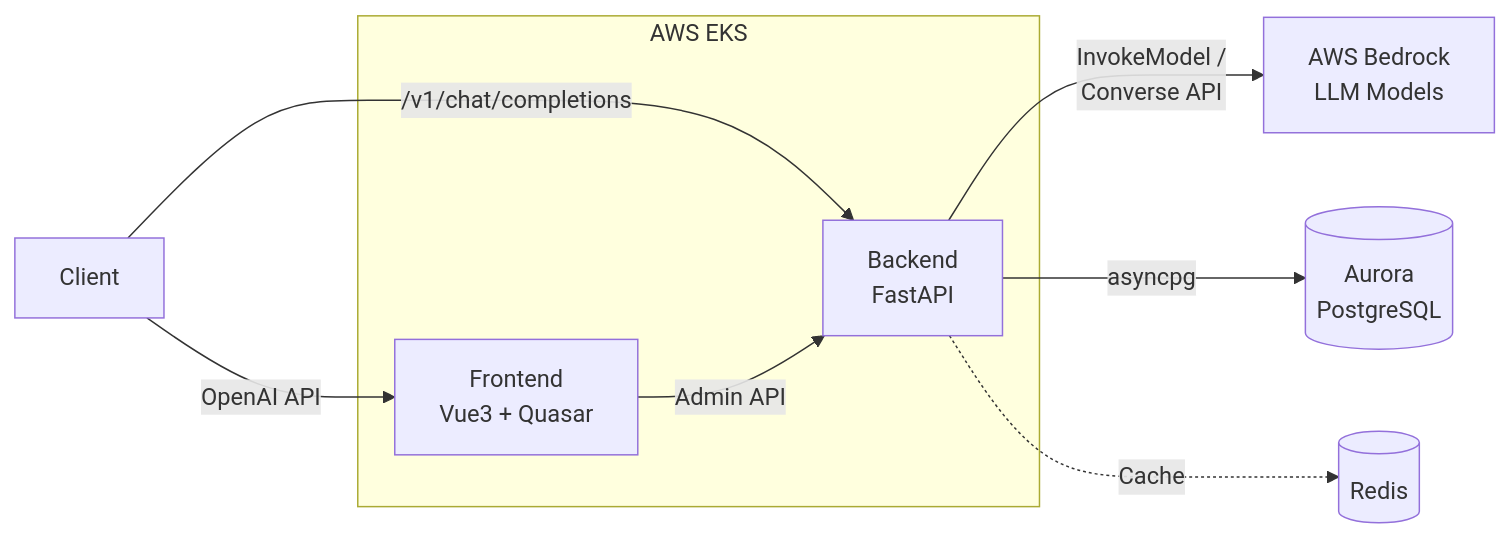
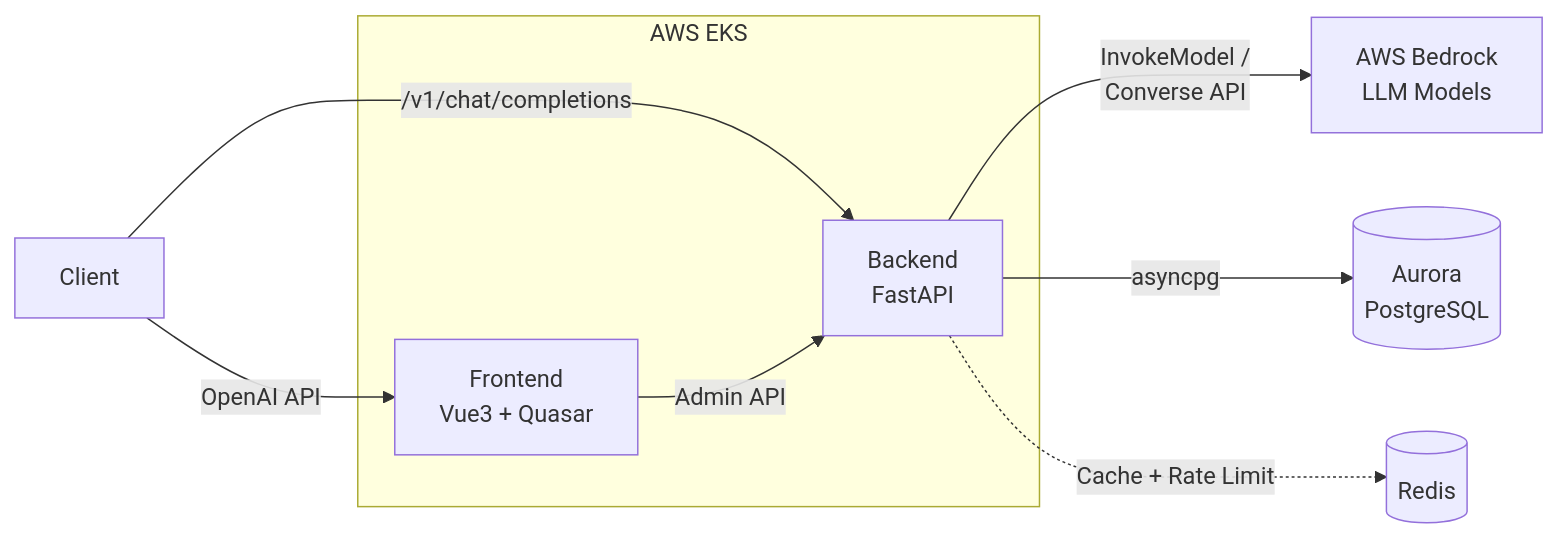
One commit to aws-samples/sample-kolya-br-proxy changed the diagram in README.md. Above: the diagram before and after it, drawn with Mermaid. The commit also changed other lines of this file and 41 other files, not shown here.

````diff
--- a/README.md
+++ b/README.md
@@ -31,13 +76,13 @@
 ```mermaid
 graph LR
     Client -->|OpenAI API| Frontend[Frontend<br/>Vue3 + Quasar]
     Client -->|/v1/chat/completions| Backend[Backend<br/>FastAPI]
     Frontend -->|Admin API| Backend
     Backend -->|InvokeModel /<br/>Converse API| Bedrock[AWS Bedrock<br/>LLM Models]
     Backend -->|asyncpg| PostgreSQL[(Aurora<br/>PostgreSQL)]
-    Backend -.->|Cache| Redis[(Redis)]
+    Backend -.->|Cache + Rate Limit| Redis[(Redis)]
     subgraph AWS EKS
         Frontend
         Backend
     end
 ```
````
